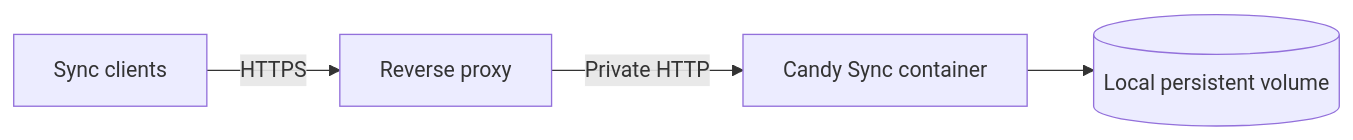
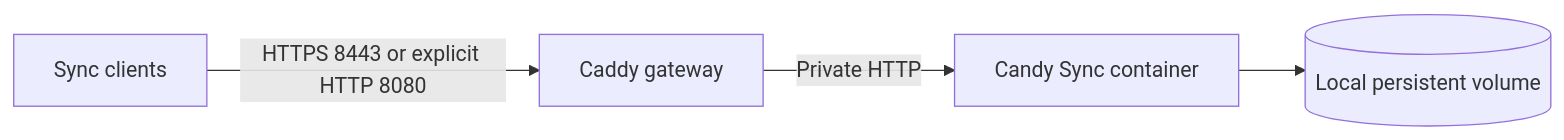
Before and after one commit to sk2andy/candy-browser: the diagram in docs/sync/server.md, drawn with Mermaid. The commit also changed other lines of this file and 64 other files, not shown here.

````diff
--- a/docs/sync/server.md
+++ b/docs/sync/server.md
@@ -54,6 +88,6 @@
 ```mermaid
 flowchart LR
-    C[Sync clients] -->|HTTPS| R[Reverse proxy]
+    C[Sync clients] -->|HTTPS 8443 or explicit HTTP 8080| R[Caddy gateway]
     R -->|Private HTTP| S[Candy Sync container]
     S --> V[(Local persistent volume)]
 ```
````
